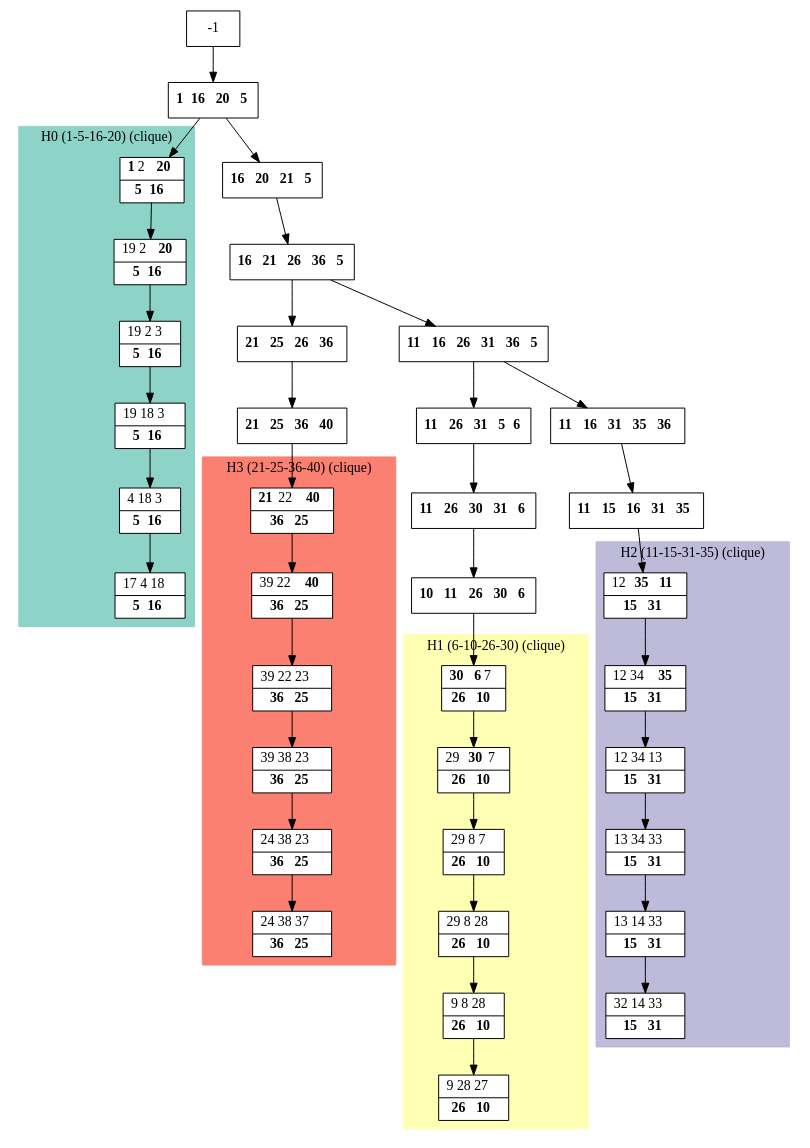
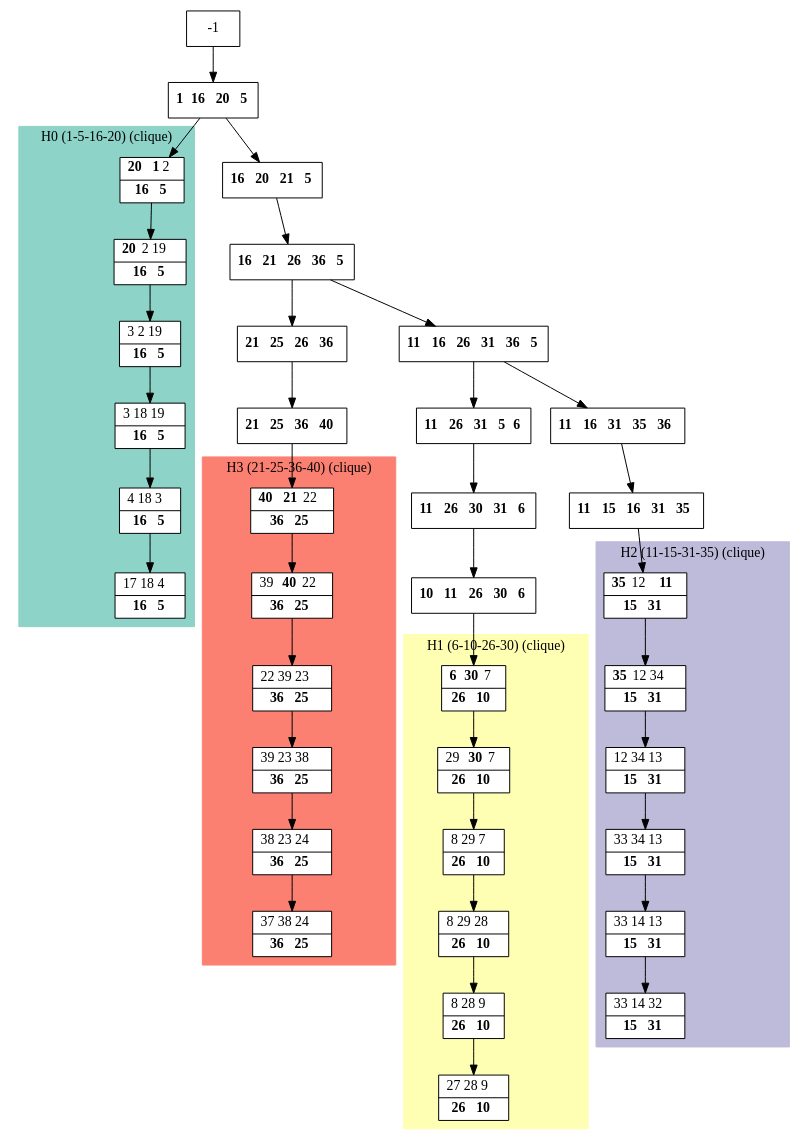
The diagram in results/dot_files/processed_M.dot (bmarchand/auto-dp), drawn with Graphviz before and after one commit. The commit also changed 80 other files, not shown here.

```diff
--- a/results/dot_files/processed_M.dot
+++ b/results/dot_files/processed_M.dot
@@ -1,85 +1,85 @@
 digraph G {
     node [shape=box];
     subgraph cluster0 {
         node [style=filled,fillcolor=white];
         labeljust="l";
         style=filled;
         color="#8DD3C7";
         H0_0 -> H0_1 -> H0_2 -> H0_3 -> H0_4 -> H0_5;
         label="H0 (1-5-16-20) (clique)";
     }
     subgraph cluster1 {
         node [style=filled,fillcolor=white];
         labeljust="l";
         style=filled;
         color="#FFFFB3";
         H1_0 -> H1_1 -> H1_2 -> H1_3 -> H1_4 -> H1_5;
         label="H1 (6-10-26-30) (clique)";
     }
     subgraph cluster2 {
         node [style=filled,fillcolor=white];
         labeljust="l";
         style=filled;
         color="#BEBADA";
         H2_0 -> H2_1 -> H2_2 -> H2_3 -> H2_4 -> H2_5;
         label="H2 (11-15-31-35) (clique)";
     }
     subgraph cluster3 {
         node [style=filled,fillcolor=white];
         labeljust="l";
         style=filled;
         color="#FB8072";
         H3_0 -> H3_1 -> H3_2 -> H3_3 -> H3_4 -> H3_5;
         label="H3 (21-25-36-40) (clique)";
     }
      1 [shape=record,label= <{ <b>1</b> <b>16</b> <b>20</b> <b>5</b>}> ];
      -1  ->  1;
-     H0_0 [shape=record,label= <{ <b>1</b> 2 <b>20</b>|  <b>5</b> <b>16</b>}> ];
+     H0_0 [shape=record,label= <{ <b>20</b> <b>1</b> 2|  <b>16</b> <b>5</b>}> ];
      1  ->  H0_0;
-     H0_1 [shape=record,label= <{ 19 2 <b>20</b>|  <b>5</b> <b>16</b>}> ];
-     H0_2 [shape=record,label= <{ 19 2 3|  <b>5</b> <b>16</b>}> ];
-     H0_3 [shape=record,label= <{ 19 18 3|  <b>5</b> <b>16</b>}> ];
-     H0_4 [shape=record,label= <{ 4 18 3|  <b>5</b> <b>16</b>}> ];
-     H0_5 [shape=record,label= <{ 17 4 18|  <b>5</b> <b>16</b>}> ];
+     H0_1 [shape=record,label= <{ <b>20</b> 2 19|  <b>16</b> <b>5</b>}> ];
+     H0_2 [shape=record,label= <{ 3 2 19|  <b>16</b> <b>5</b>}> ];
+     H0_3 [shape=record,label= <{ 3 18 19|  <b>16</b> <b>5</b>}> ];
+     H0_4 [shape=record,label= <{ 4 18 3|  <b>16</b> <b>5</b>}> ];
+     H0_5 [shape=record,label= <{ 17 18 4|  <b>16</b> <b>5</b>}> ];
      28 [shape=record,label= <{ <b>16</b> <b>20</b> <b>21</b> <b>5</b>}> ];
      1  ->  28;
      27 [shape=record,label= <{ <b>16</b> <b>21</b> <b>26</b> <b>36</b> <b>5</b>}> ];
      28  ->  27;
      18 [shape=record,label= <{ <b>11</b> <b>16</b> <b>26</b> <b>31</b> <b>36</b> <b>5</b>}> ];
      27  ->  18;
      9 [shape=record,label= <{ <b>11</b> <b>26</b> <b>31</b> <b>5</b> <b>6</b>}> ];
      18  ->  9;
      10 [shape=record,label= <{ <b>11</b> <b>26</b> <b>30</b> <b>31</b> <b>6</b>}> ];
      9  ->  10;
      11 [shape=record,label= <{ <b>10</b> <b>11</b> <b>26</b> <b>30</b> <b>6</b>}> ];
      10  ->  11;
-     H1_0 [shape=record,label= <{ <b>30</b> <b>6</b> 7|  <b>26</b> <b>10</b>}> ];
+     H1_0 [shape=record,label= <{ <b>6</b> <b>30</b> 7|  <b>26</b> <b>10</b>}> ];
      11  ->  H1_0;
      H1_1 [shape=record,label= <{ 29 <b>30</b> 7|  <b>26</b> <b>10</b>}> ];
-     H1_2 [shape=record,label= <{ 29 8 7|  <b>26</b> <b>10</b>}> ];
-     H1_3 [shape=record,label= <{ 29 8 28|  <b>26</b> <b>10</b>}> ];
-     H1_4 [shape=record,label= <{ 9 8 28|  <b>26</b> <b>10</b>}> ];
-     H1_5 [shape=record,label= <{ 9 28 27|  <b>26</b> <b>10</b>}> ];
+     H1_2 [shape=record,label= <{ 8 29 7|  <b>26</b> <b>10</b>}> ];
+     H1_3 [shape=record,label= <{ 8 29 28|  <b>26</b> <b>10</b>}> ];
+     H1_4 [shape=record,label= <{ 8 28 9|  <b>26</b> <b>10</b>}> ];
+     H1_5 [shape=record,label= <{ 27 28 9|  <b>26</b> <b>10</b>}> ];
      19 [shape=record,label= <{ <b>11</b> <b>16</b> <b>31</b> <b>35</b> <b>36</b>}> ];
      18  ->  19;
      20 [shape=record,label= <{ <b>11</b> <b>15</b> <b>16</b> <b>31</b> <b>35</b>}> ];
      19  ->  20;
-     H2_0 [shape=record,label= <{ 12 <b>35</b> <b>11</b>|  <b>15</b> <b>31</b>}> ];
+     H2_0 [shape=record,label= <{ <b>35</b> 12 <b>11</b>|  <b>15</b> <b>31</b>}> ];
      20  ->  H2_0;
-     H2_1 [shape=record,label= <{ 12 34 <b>35</b>|  <b>15</b> <b>31</b>}> ];
+     H2_1 [shape=record,label= <{ <b>35</b> 12 34|  <b>15</b> <b>31</b>}> ];
      H2_2 [shape=record,label= <{ 12 34 13|  <b>15</b> <b>31</b>}> ];
-     H2_3 [shape=record,label= <{ 13 34 33|  <b>15</b> <b>31</b>}> ];
-     H2_4 [shape=record,label= <{ 13 14 33|  <b>15</b> <b>31</b>}> ];
-     H2_5 [shape=record,label= <{ 32 14 33|  <b>15</b> <b>31</b>}> ];
+     H2_3 [shape=record,label= <{ 33 34 13|  <b>15</b> <b>31</b>}> ];
+     H2_4 [shape=record,label= <{ 33 14 13|  <b>15</b> <b>31</b>}> ];
+     H2_5 [shape=record,label= <{ 33 14 32|  <b>15</b> <b>31</b>}> ];
      29 [shape=record,label= <{ <b>21</b> <b>25</b> <b>26</b> <b>36</b>}> ];
      27  ->  29;
      31 [shape=record,label= <{ <b>21</b> <b>25</b> <b>36</b> <b>40</b>}> ];
      29  ->  31;
-     H3_0 [shape=record,label= <{ <b>21</b> 22 <b>40</b>|  <b>36</b> <b>25</b>}> ];
+     H3_0 [shape=record,label= <{ <b>40</b> <b>21</b> 22|  <b>36</b> <b>25</b>}> ];
      31  ->  H3_0;
-     H3_1 [shape=record,label= <{ 39 22 <b>40</b>|  <b>36</b> <b>25</b>}> ];
-     H3_2 [shape=record,label= <{ 39 22 23|  <b>36</b> <b>25</b>}> ];
-     H3_3 [shape=record,label= <{ 39 38 23|  <b>36</b> <b>25</b>}> ];
-     H3_4 [shape=record,label= <{ 24 38 23|  <b>36</b> <b>25</b>}> ];
-     H3_5 [shape=record,label= <{ 24 38 37|  <b>36</b> <b>25</b>}> ];
+     H3_1 [shape=record,label= <{ 39 <b>40</b> 22|  <b>36</b> <b>25</b>}> ];
+     H3_2 [shape=record,label= <{ 22 39 23|  <b>36</b> <b>25</b>}> ];
+     H3_3 [shape=record,label= <{ 39 23 38|  <b>36</b> <b>25</b>}> ];
+     H3_4 [shape=record,label= <{ 38 23 24|  <b>36</b> <b>25</b>}> ];
+     H3_5 [shape=record,label= <{ 37 38 24|  <b>36</b> <b>25</b>}> ];
 }
```
